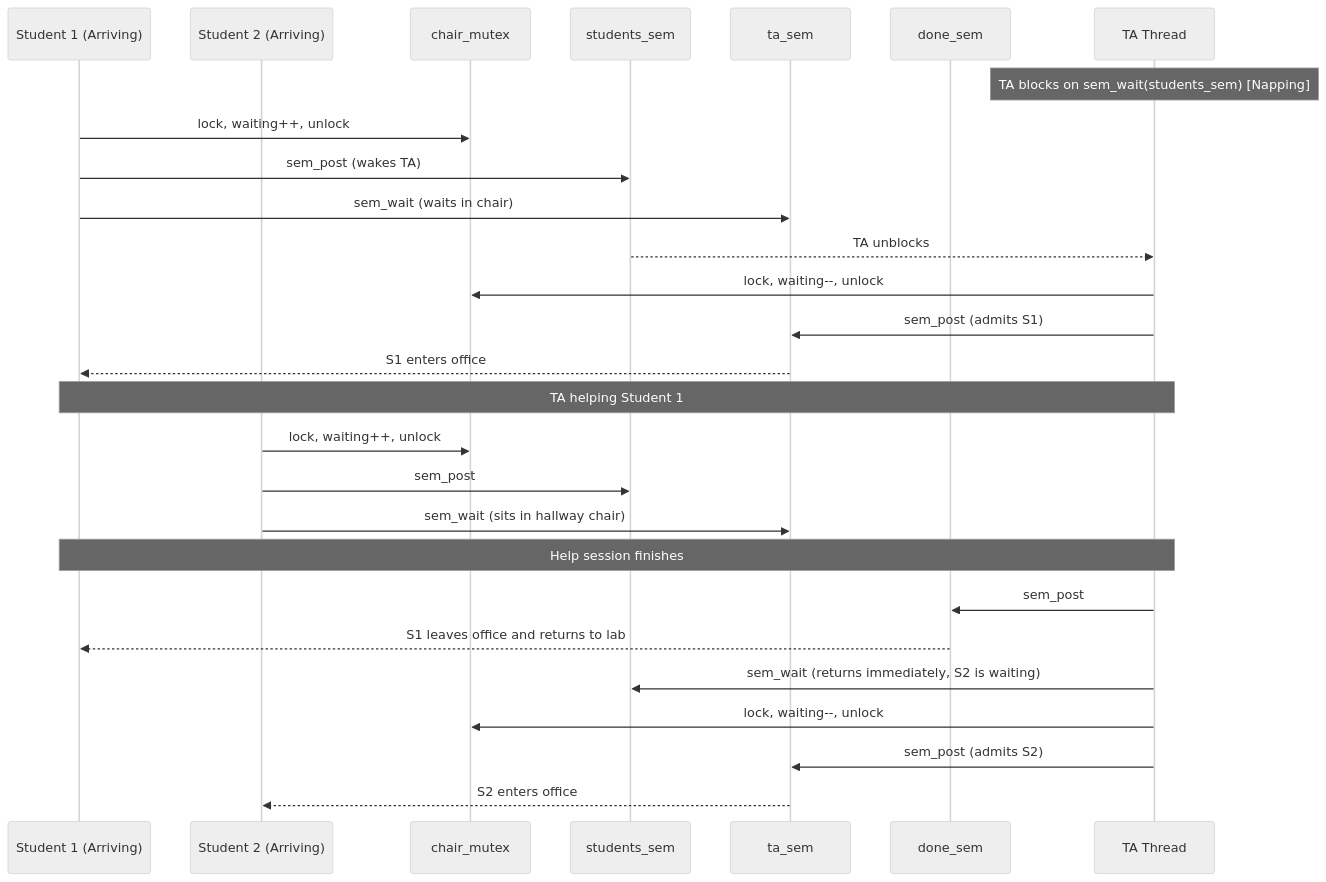
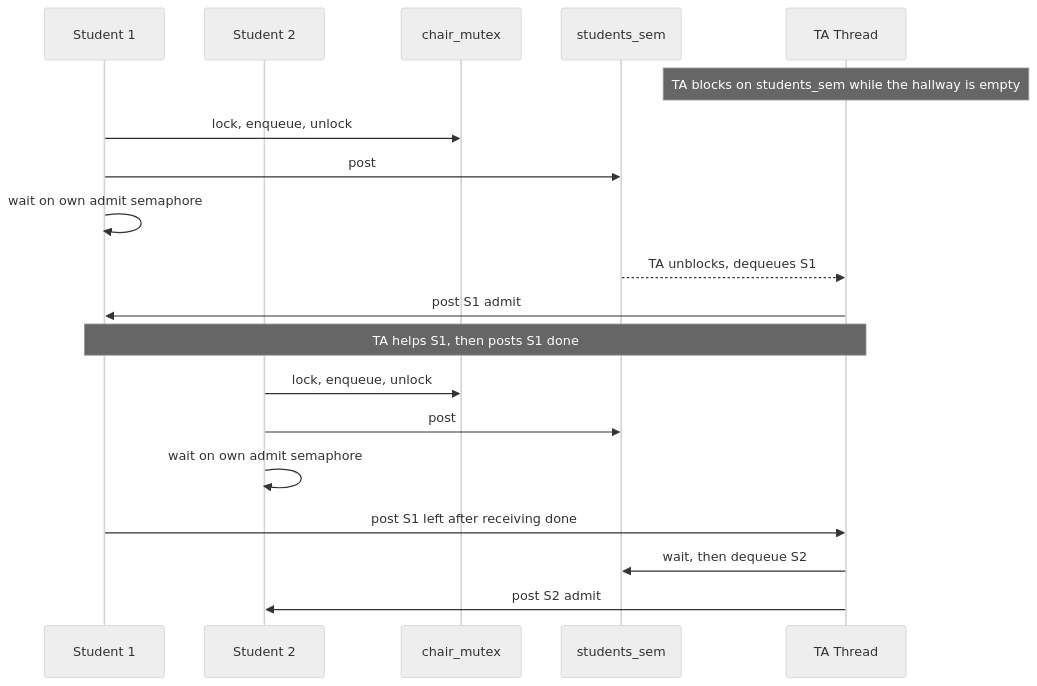
The diagram in README.md (Pritam-72/Sleeping-Teaching-Assistant), drawn with Mermaid (neutral theme) before and after one commit. The commit also changed other lines of this file and 7 other files, not shown here.

First line of the commit message:
Make the sleeping TA run on macOS and bind each help session

````diff
--- a/README.md
+++ b/README.md
@@ -100,30 +103,22 @@
 ```mermaid
 sequenceDiagram
-    participant S1 as Student 1 (Arriving)
-    participant S2 as Student 2 (Arriving)
+    participant S1 as Student 1
+    participant S2 as Student 2
     participant M as chair_mutex
     participant SS as students_sem
-    participant TS as ta_sem
-    participant DS as done_sem
     participant TA as TA Thread
 
-    Note over TA: TA blocks on sem_wait(students_sem) [Napping]
-    S1->>M: lock, waiting++, unlock
-    S1->>SS: sem_post (wakes TA)
-    S1->>TS: sem_wait (waits in chair)
-    SS-->>TA: TA unblocks
-    TA->>M: lock, waiting--, unlock
-    TA->>TS: sem_post (admits S1)
-    TS-->>S1: S1 enters office
-    Note over TA,S1: TA helping Student 1
-    S2->>M: lock, waiting++, unlock
-    S2->>SS: sem_post
-    S2->>TS: sem_wait (sits in hallway chair)
-    Note over TA,S1: Help session finishes
-    TA->>DS: sem_post
-    DS-->>S1: S1 leaves office and returns to lab
-    TA->>SS: sem_wait (returns immediately, S2 is waiting)
-    TA->>M: lock, waiting--, unlock
-    TA->>TS: sem_post (admits S2)
-    TS-->>S2: S2 enters office
+    Note over TA: TA blocks on students_sem while the hallway is empty
+    S1->>M: lock, enqueue, unlock
+    S1->>SS: post
+    S1->>S1: wait on own admit semaphore
+    SS-->>TA: TA unblocks, dequeues S1
+    TA->>S1: post S1 admit
+    Note over TA,S1: TA helps S1, then posts S1 done
+    S2->>M: lock, enqueue, unlock
+    S2->>SS: post
+    S2->>S2: wait on own admit semaphore
+    S1->>TA: post S1 left after receiving done
+    TA->>SS: wait, then dequeue S2
+    TA->>S2: post S2 admit
 ```
````
